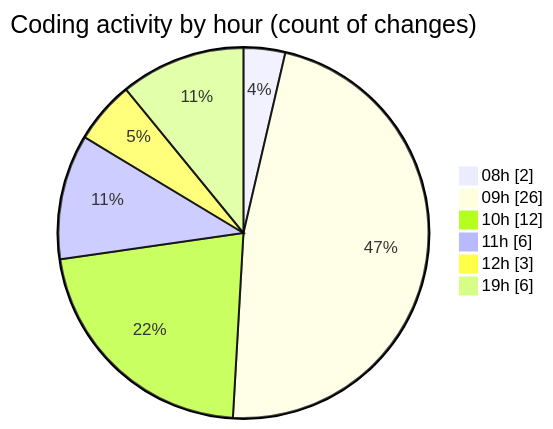
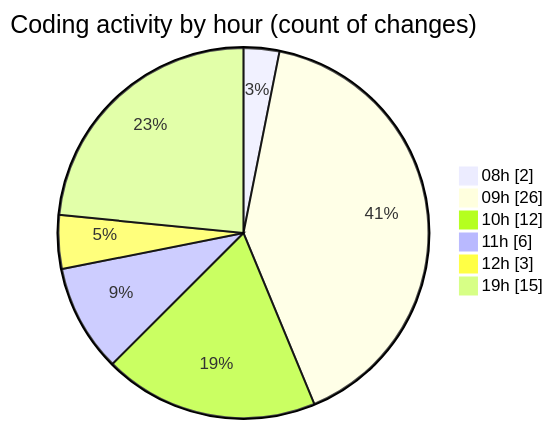
One commit to Elitesun/code-tracking changed the second of 2 diagrams in 2025-05-20/niten/README.md. Above: the diagram before and after it, drawn with Mermaid. The commit also changed other lines of this file and 1 other file, not shown here.

````diff
--- a/2025-05-20/niten/README.md
+++ b/2025-05-20/niten/README.md
@@ -54,10 +55,10 @@
 ```mermaid
 pie showData
 title Coding activity by hour (count of changes)
 "08h" : 2
 "09h" : 26
 "10h" : 12
 "11h" : 6
 "12h" : 3
-"19h" : 6
+"19h" : 15
 ```
````
